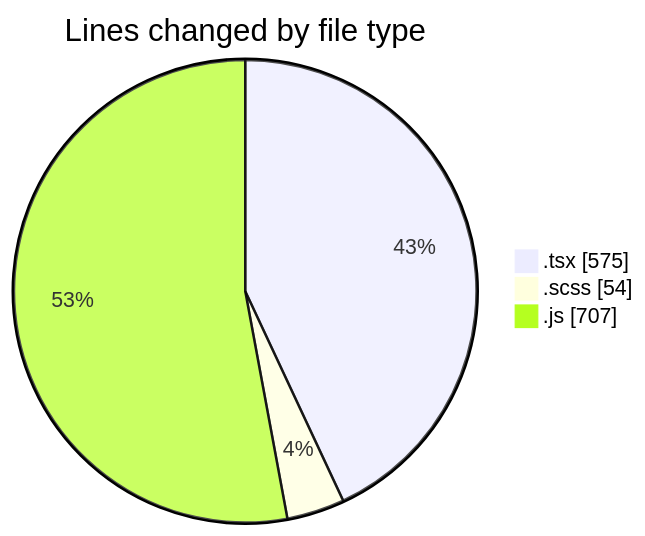
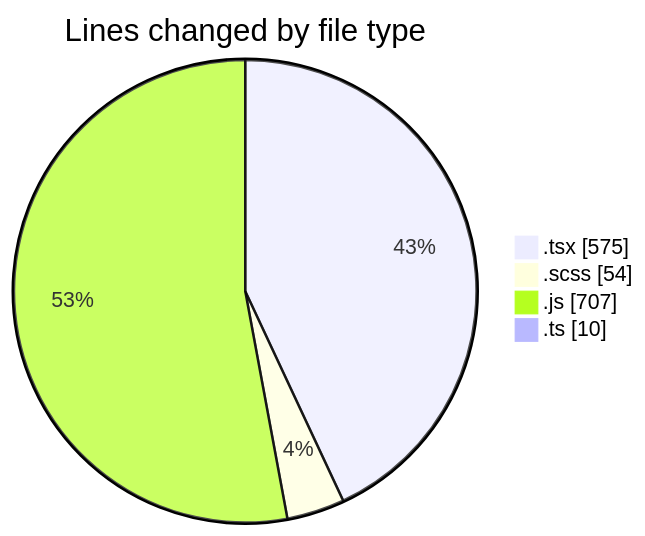
Before and after one commit to momahboobian/code-tracking: the first of 2 diagrams in 2026-07-21/cda/README.md, drawn with Mermaid. The commit also changed other lines of this file and 1 other file, not shown here.

````diff
--- a/2026-07-21/cda/README.md
+++ b/2026-07-21/cda/README.md
@@ -28,7 +29,8 @@
 ```mermaid
 pie showData
 title Lines changed by file type
 ".tsx" : 575
 ".scss" : 54
 ".js" : 707
+".ts" : 10
 ```
````
